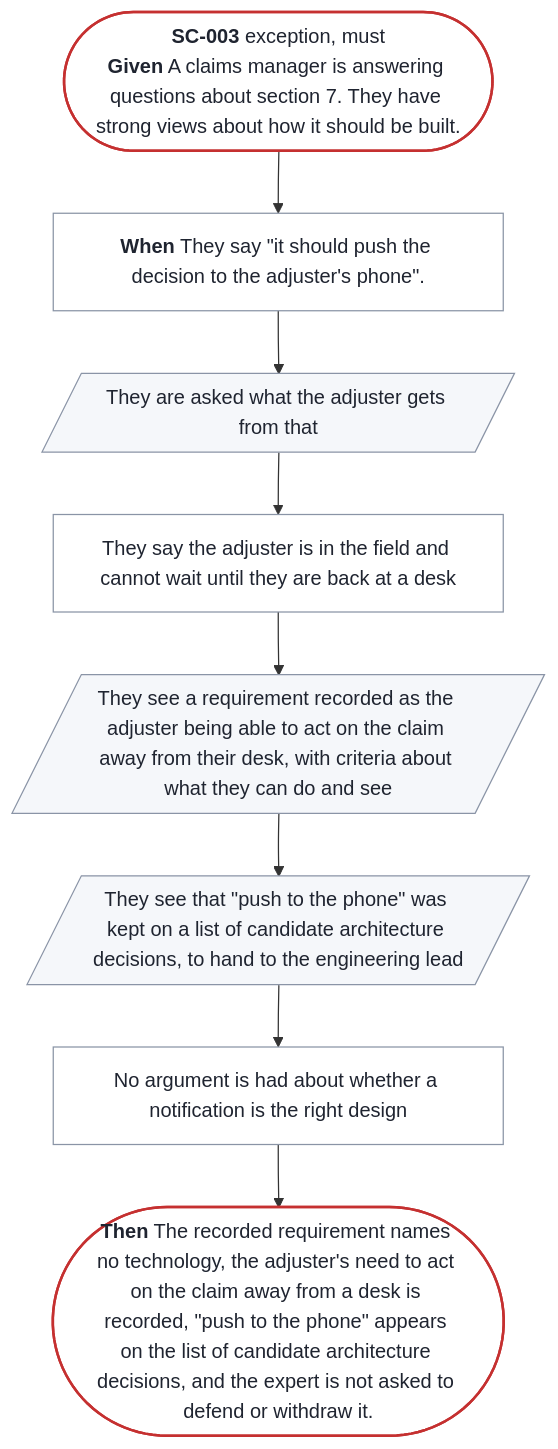
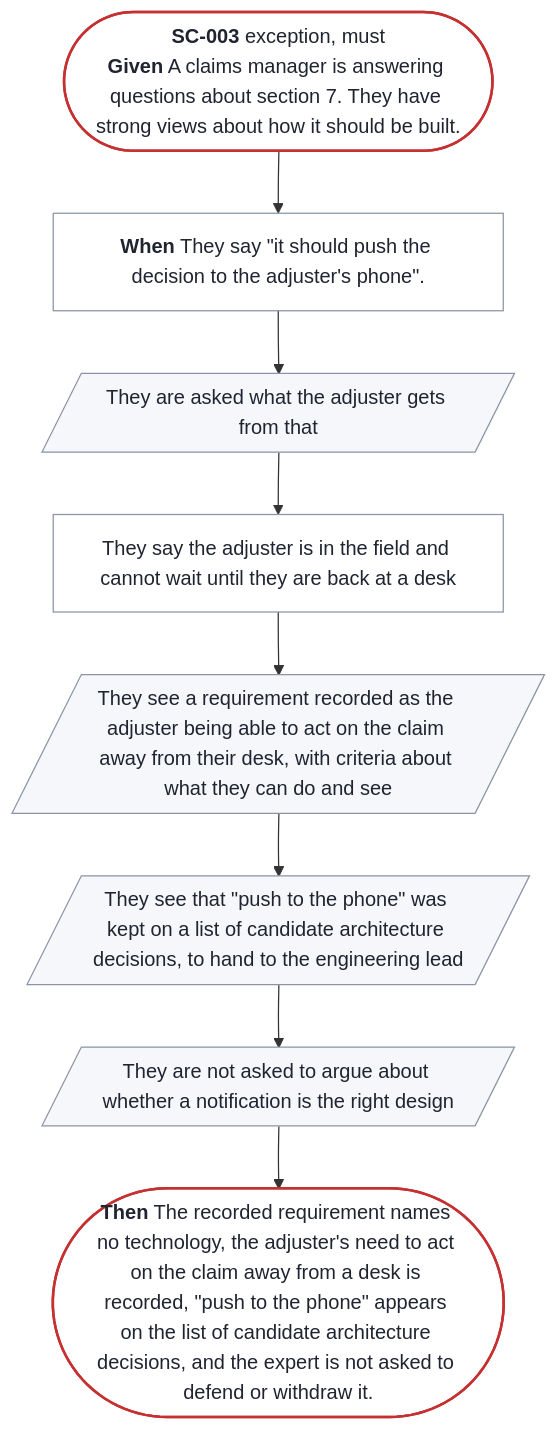
Before and after one commit to SpillwaveSolutions/prd-forge: the diagram in docs/prd/prd-forge/diagrams/SC-003.mmd, drawn with Mermaid. The commit also changed 59 other files, not shown here.

```diff
--- a/docs/prd/prd-forge/diagrams/SC-003.mmd
+++ b/docs/prd/prd-forge/diagrams/SC-003.mmd
@@ -1,22 +1,22 @@
 %% Generated by prd-diagrams.mjs from the scenario front matter. Do not edit.
 %%{init: {"flowchart": {"wrappingWidth": 300}}}%%
 flowchart TB
   start(["<b>SC-003</b> exception, must<br/><b>Given</b> A claims manager is answering questions about section 7. They have strong views about how it should be built."])
   trigger["<b>When</b> They say #quot;it should push the decision to the adjuster's phone#quot;."]
   s0[/"They are asked what the adjuster gets from that"/]
   s1["They say the adjuster is in the field and cannot wait until they are back at a desk"]
   s2[/"They see a requirement recorded as the adjuster being able to act on the claim away from their desk, with criteria about what they can do and see"/]
   s3[/"They see that #quot;push to the phone#quot; was kept on a list of candidate architecture decisions, to hand to the engineering lead"/]
-  s4["No argument is had about whether a notification is the right design"]
+  s4[/"They are not asked to argue about whether a notification is the right design"/]
   done(["<b>Then</b> The recorded requirement names no technology, the adjuster's need to act on the claim away from a desk is recorded, #quot;push to the phone#quot; appears on the list of candidate architecture decisions, and the expert is not asked to defend or withdraw it."])
   start --> trigger --> s0 --> s1 --> s2 --> s3 --> s4 --> done
   classDef ends fill:#FFFFFF,stroke:#C53030,stroke-width:2px,color:#1F2430
   classDef sees fill:#F5F7FA,stroke:#8A94A6,color:#1F2430
   classDef does fill:#FFFFFF,stroke:#8A94A6,color:#1F2430
   class start,done ends
   class s0 sees
   class s1 does
   class s2 sees
   class s3 sees
-  class s4 does
+  class s4 sees
   class trigger does
```
